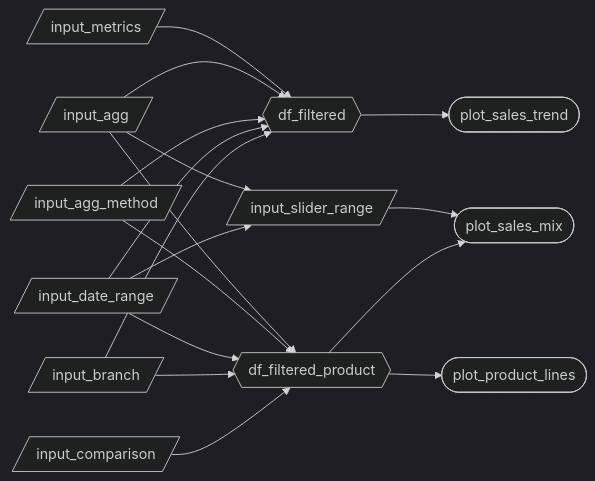
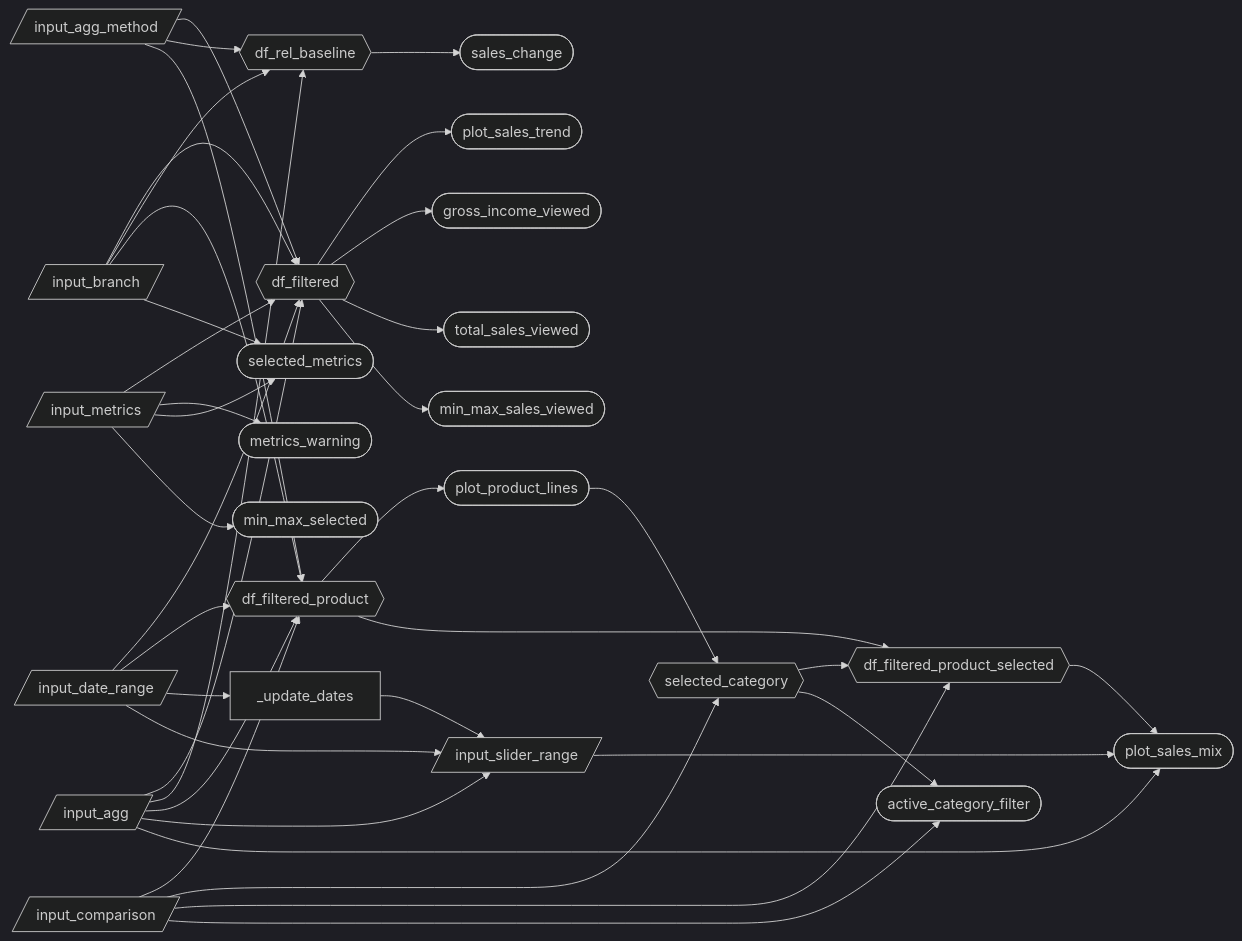
The diagram in reports/m2_spec.md (UBC-MDS/DSCI-532_2026_2_walmonitor), drawn with Mermaid (dark theme) before and after one commit. The commit also changed other lines of this file, not shown here.

````diff
--- a/reports/m2_spec.md
+++ b/reports/m2_spec.md
@@ -35,25 +47,51 @@
 ```mermaid
 flowchart LR
   A[/input_metrics/] --> F{{df_filtered}}
   B[/input_agg/] --> F
   C[/input_agg_method/] --> F
   D[/input_date_range/] --> F
   E[/input_branch/] --> F
 
-  I[/input_slider_range/] --> P2 
-  
+  E --> R{{df_rel_baseline}}
+  B --> R
+  C --> R
+
+  D --> G{{df_filtered_product}}
+  E --> G
+  H[/input_comparison/] --> G
+  B --> G
+  C --> G
+
+  D --> X[_update_dates]
+  X --> I[/input_slider_range/]
   B --> I
   D --> I
 
   F --> P1([plot_sales_trend])
+  F --> K1([gross_income_viewed])
+  F --> K2([total_sales_viewed])
+  F --> K3([min_max_sales_viewed])
 
-  B --> G{{df_filtered_product}}
-  C --> G
-  D --> G
-  E --> G
-  H[/input_comparison/] --> G
+  R --> K4([sales_change])
 
-  G --> P2([plot_sales_mix])
-  G --> P3([plot_product_lines]) 
-  
+  G --> P3([plot_product_lines])
+
+  P3 --> S{{selected_category}}
+  H --> S
+
+  G --> G2{{df_filtered_product_selected}}
+  S --> G2
+  H --> G2
+
+  G2 --> P2([plot_sales_mix])
+  I --> P2
+  B --> P2
+
+  S --> T([active_category_filter])
+  H --> T
+
+  A --> W([metrics_warning])
+  A --> L([selected_metrics])
+  E --> L
+  A --> M([min_max_selected])
 ```
````
